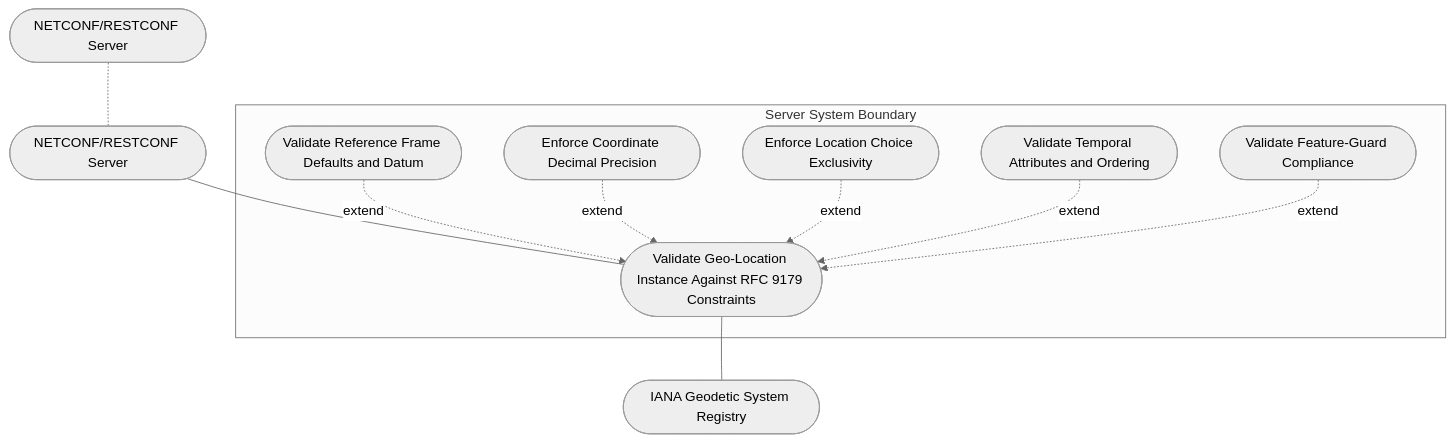
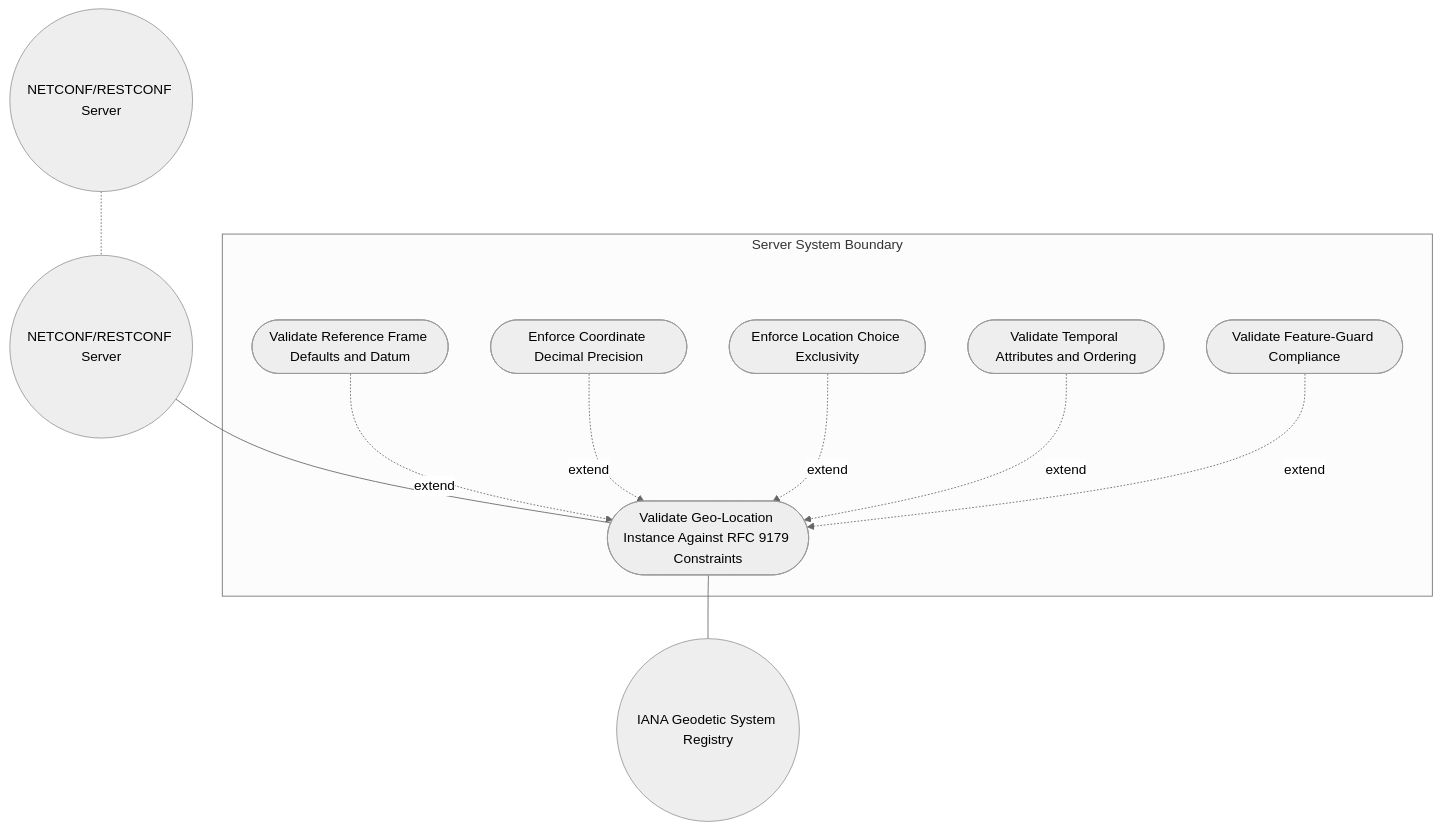
Before and after one commit to gintatkinson/3dgs-039: the first of 2 diagrams in docs/use-cases/uc-09-rfc9179-geo-validate-geo-location-instance.md, drawn with Mermaid (neutral theme). The commit also changed 1 other file, not shown here.

Commit message:
fix: connect isolated GeodeticTransform class and fix use case actor syntax (RFC 9179)

````diff
--- a/docs/use-cases/uc-09-rfc9179-geo-validate-geo-location-instance.md
+++ b/docs/use-cases/uc-09-rfc9179-geo-validate-geo-location-instance.md
@@ -69,19 +69,19 @@
 ```mermaid
 graph TD
     subgraph "Server System Boundary"
         UC(["Validate Geo-Location Instance Against RFC 9179 Constraints"])
         UC_RF(["Validate Reference Frame Defaults and Datum"])
         UC_PREC(["Enforce Coordinate Decimal Precision"])
         UC_CHOICE(["Enforce Location Choice Exclusivity"])
         UC_TEMP(["Validate Temporal Attributes and Ordering"])
         UC_FEAT(["Validate Feature-Guard Compliance"])
     end
-    Server(["NETCONF/RESTCONF Server"]) --- UC
+    Server(("NETCONF/RESTCONF Server")) --- UC
     UC_RF -. "extend" .-> UC
     UC_PREC -. "extend" .-> UC
     UC_CHOICE -. "extend" .-> UC
     UC_TEMP -. "extend" .-> UC
     UC_FEAT -. "extend" .-> UC
-    UC --- IANA(["IANA Geodetic System Registry"])
-    Server2(["NETCONF/RESTCONF Server"]) -.- Server
+    UC --- IANA(("IANA Geodetic System Registry"))
+    Server2(("NETCONF/RESTCONF Server")) -.- Server
 ```
````
